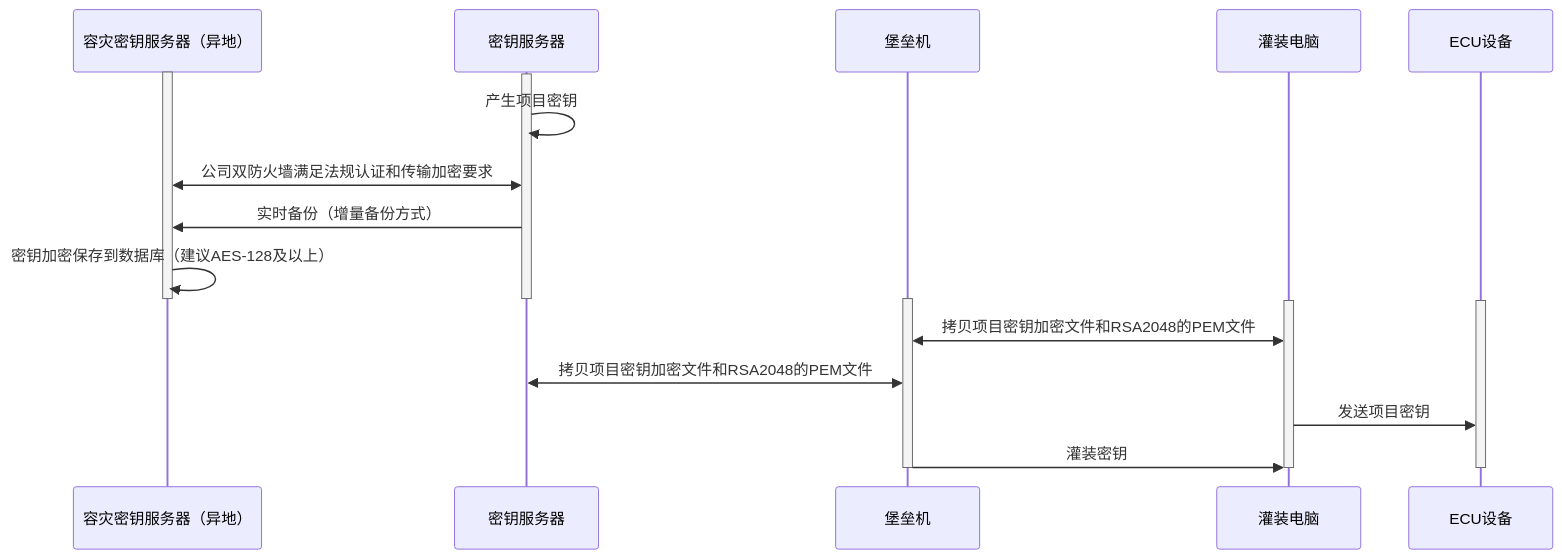
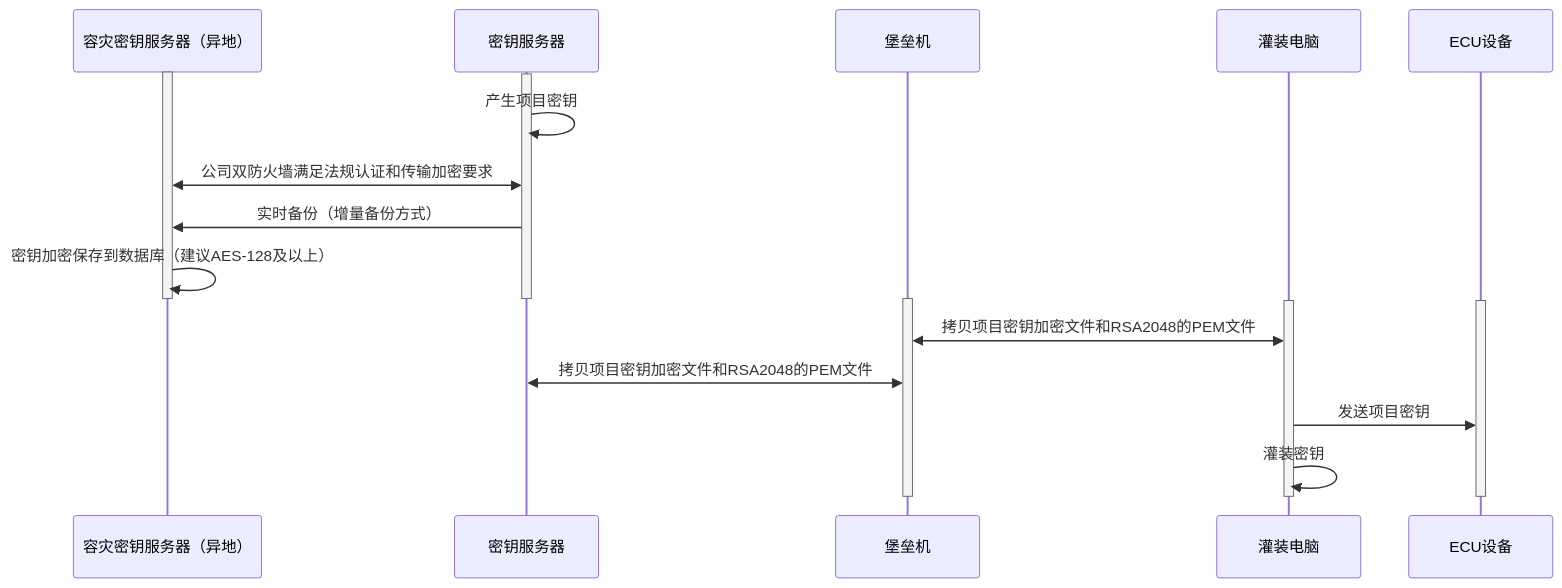
The diagram in all/未命名-15.md (facebook-cloud/iodraw-files), drawn with Mermaid before and after one commit.

Commit message:
2026-02-07 10:15:45 update

````diff
--- a/all/未命名-15.md
+++ b/all/未命名-15.md
@@ -1,31 +1,31 @@
 ```mermaid
 sequenceDiagram
     participant A as 容灾密钥服务器（异地）
     participant B as 密钥服务器
     participant C as 堡垒机
     participant D as 灌装电脑
     participant E as ECU设备
 
     activate A
     activate B
     B->>B: 产生项目密钥
     A<<->>B: 公司双防火墙满足法规认证和传输加密要求
     B->>A: 实时备份（增量备份方式）
     A->>A: 密钥加密保存到数据库（建议AES-128及以上）
     deactivate B
     deactivate A
 
     activate C
     activate D
     activate E
 
     D<<->>C: 拷贝项目密钥加密文件和RSA2048的PEM文件
     C<<->>B: 拷贝项目密钥加密文件和RSA2048的PEM文件
     D->>E: 发送项目密钥
     
-    C->>D: 灌装密钥
+    D->>D: 灌装密钥
     deactivate C
     deactivate D
     deactivate E
 
 ```
````
